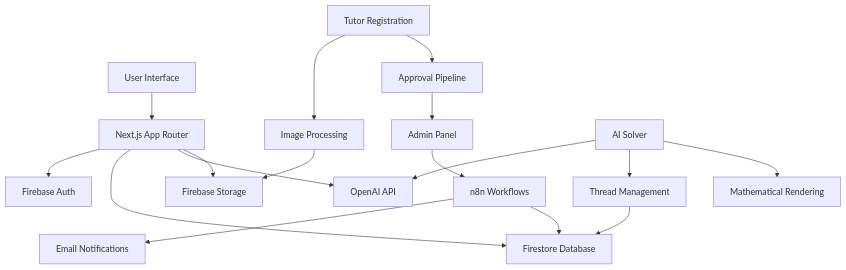
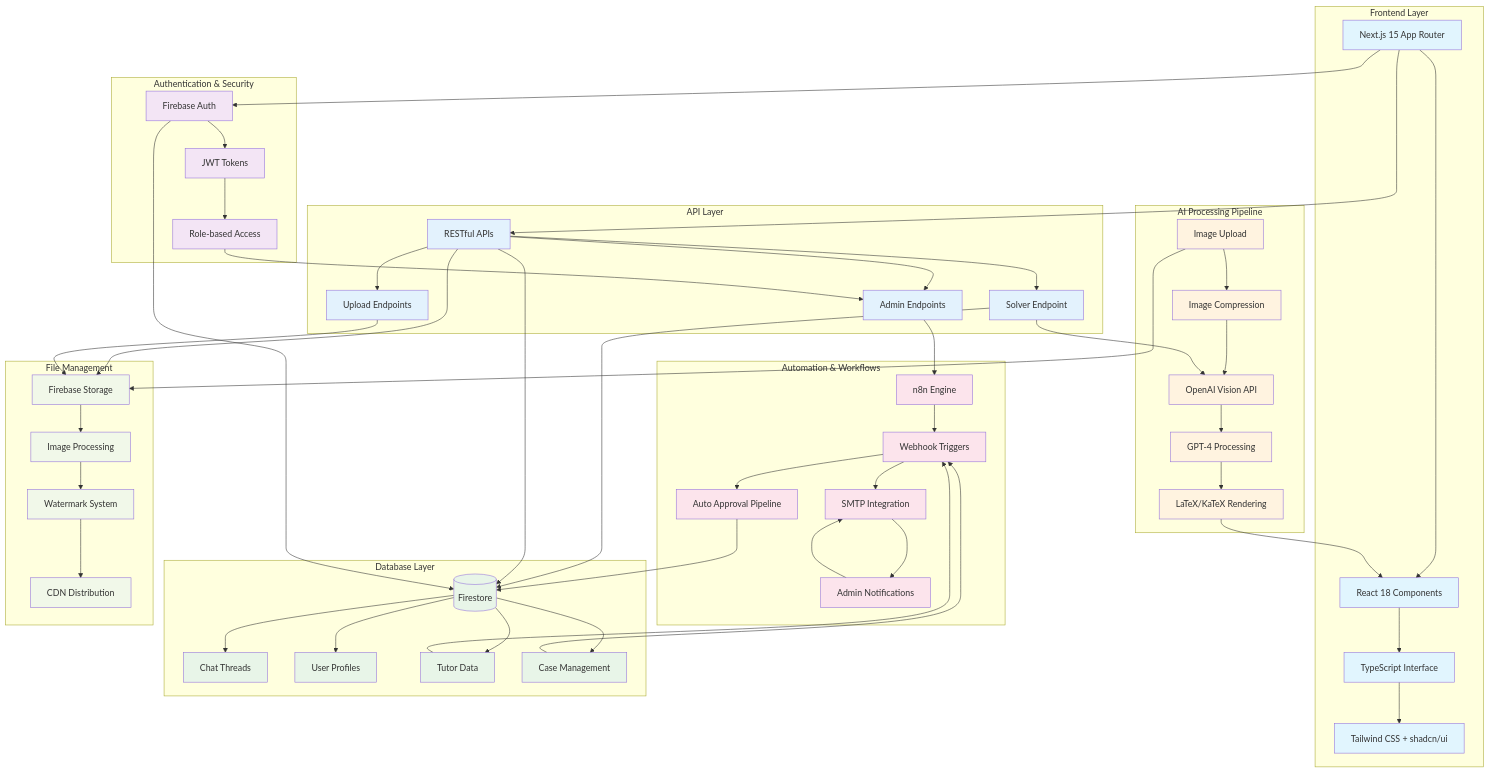
The first of 2 diagrams in README.md (eason034056/tutor-matching), drawn with Mermaid before and after one commit. The commit also changed other lines of this file, not shown here.

Commit message:
README.md modification

````diff
--- a/README.md
+++ b/README.md
@@ -66,22 +66,121 @@
 ```mermaid
 graph TB
-    A[User Interface] --> B[Next.js App Router]
-    B --> C[Firebase Auth]
-    B --> D[Firestore Database]
-    B --> E[OpenAI API]
-    B --> F[Firebase Storage]
+    subgraph "Frontend Layer"
+        A[Next.js 15 App Router]
+        B[React 18 Components]
+        C[TypeScript Interface]
+        D[Tailwind CSS + shadcn/ui]
+        A --> B
+        B --> C
+        C --> D
+    end
     
-    G[Admin Panel] --> H[n8n Workflows]
-    H --> I[Email Notifications]
-    H --> D
+    subgraph "Authentication & Security"
+        E[Firebase Auth]
+        F[JWT Tokens]
+        G[Role-based Access]
+        E --> F
+        F --> G
+    end
     
-    J[Tutor Registration] --> K[Image Processing]
-    K --> F
-    J --> L[Approval Pipeline]
-    L --> G
+    subgraph "AI Processing Pipeline"
+        H[Image Upload]
+        I[Image Compression]
+        J[OpenAI Vision API]
+        K[GPT-4 Processing]
+        L[LaTeX/KaTeX Rendering]
+        H --> I
+        I --> J
+        J --> K
+        K --> L
+    end
     
-    M[AI Solver] --> E
-    M --> N[Thread Management]
-    N --> D
-    M --> O[Mathematical Rendering]
+    subgraph "Database Layer"
+        M[(Firestore)]
+        N[Chat Threads]
+        O[User Profiles]
+        P[Tutor Data]
+        Q[Case Management]
+        M --> N
+        M --> O
+        M --> P
+        M --> Q
+    end
+    
+    subgraph "Automation & Workflows"
+        R[n8n Engine]
+        S[Webhook Triggers]
+        T[SMTP Integration]
+        U[Admin Notifications]
+        V[Auto Approval Pipeline]
+        R --> S
+        S --> T
+        T --> U
+        S --> V
+    end
+    
+    subgraph "File Management"
+        W[Firebase Storage]
+        X[Image Processing]
+        Y[Watermark System]
+        Z[CDN Distribution]
+        W --> X
+        X --> Y
+        Y --> Z
+    end
+    
+    subgraph "API Layer"
+        AA[RESTful APIs]
+        BB[Solver Endpoint]
+        CC[Admin Endpoints]
+        DD[Upload Endpoints]
+        AA --> BB
+        AA --> CC
+        AA --> DD
+    end
+    
+    %% Frontend connections
+    A --> E
+    A --> AA
+    
+    %% AI Pipeline connections
+    BB --> J
+    BB --> M
+    L --> B
+    
+    %% Data flow connections
+    AA --> M
+    AA --> W
+    E --> M
+    
+    %% Automation connections
+    CC --> R
+    P --> S
+    Q --> S
+    
+    %% Storage connections
+    DD --> W
+    H --> W
+    
+    %% Cross-system integration
+    G --> CC
+    V --> M
+    U --> T
+    
+    %% Styling
+    classDef frontend fill:#e1f5fe
+    classDef auth fill:#f3e5f5
+    classDef ai fill:#fff3e0
+    classDef database fill:#e8f5e8
+    classDef automation fill:#fce4ec
+    classDef storage fill:#f1f8e9
+    classDef api fill:#e3f2fd
+    
+    class A,B,C,D frontend
+    class E,F,G auth
+    class H,I,J,K,L ai
+    class M,N,O,P,Q database
+    class R,S,T,U,V automation
+    class W,X,Y,Z storage
+    class AA,BB,CC,DD api
 ```
````
